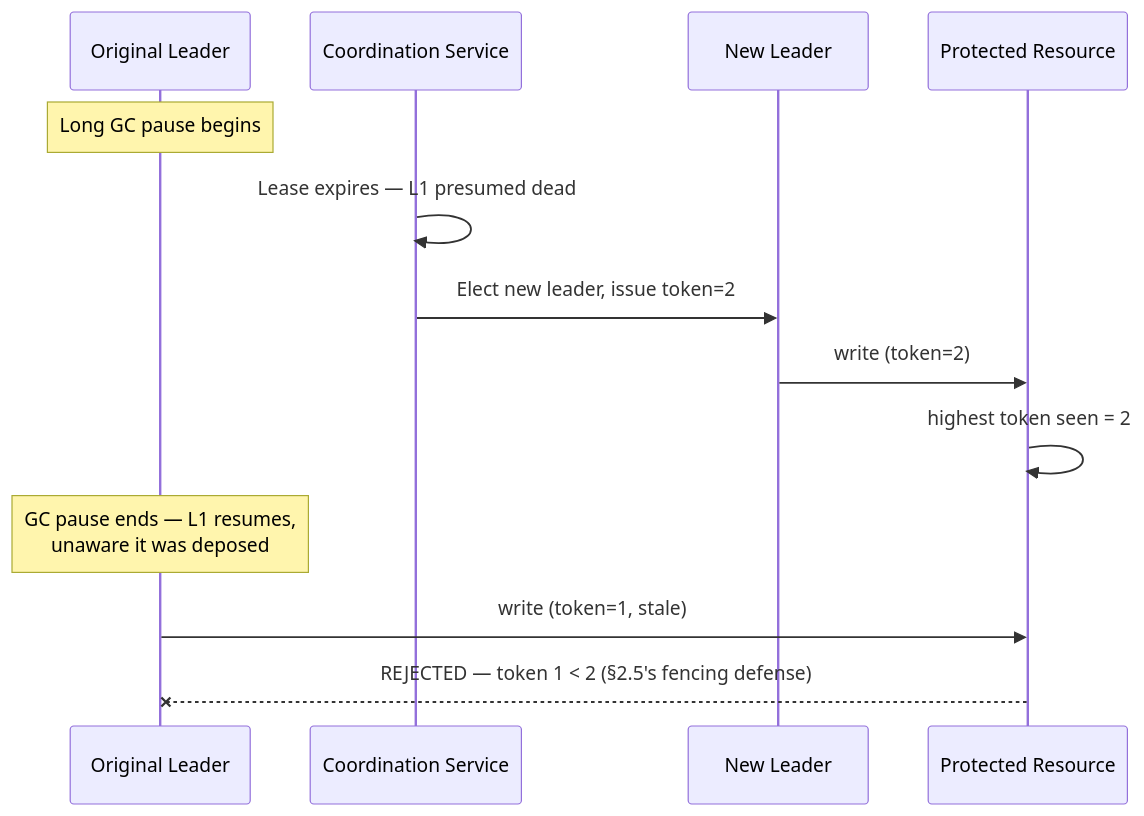
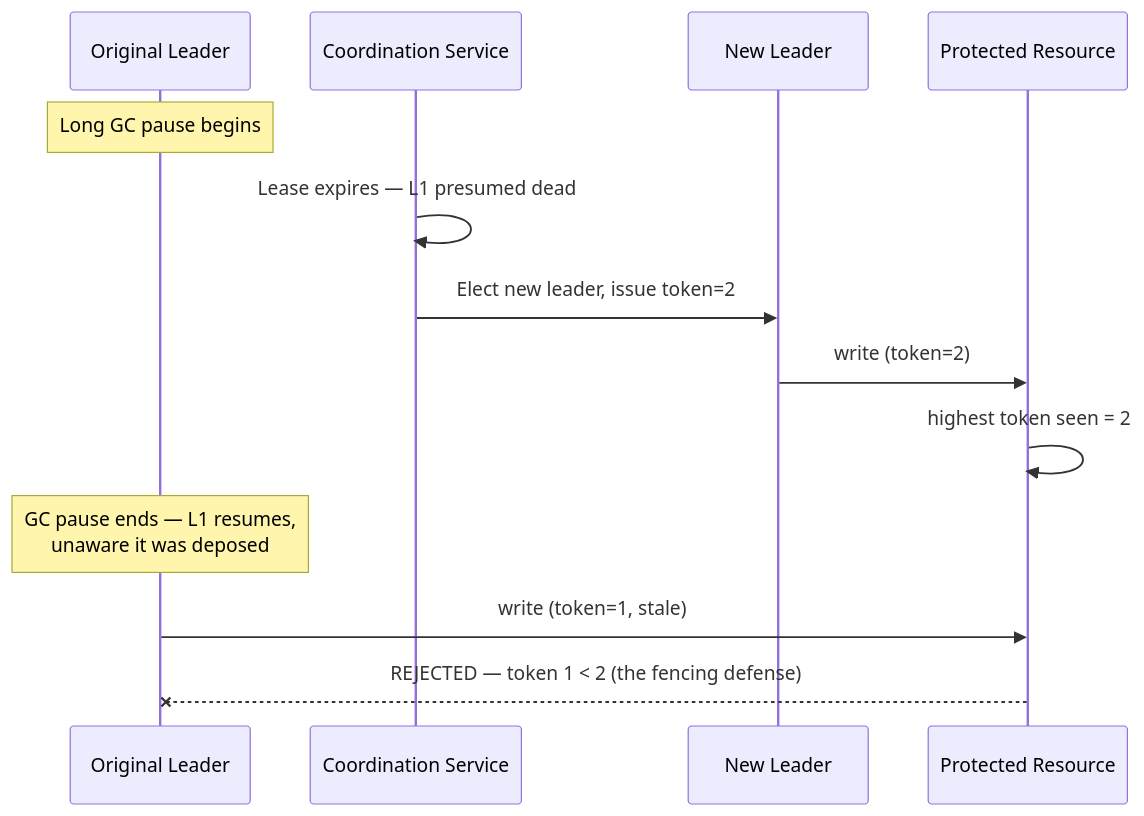
One commit to umashankarp/InterviewQuestions changed the second of 4 diagrams in 16-Distributed-Systems/03-PACELC-Consistency-Models-SplitBrain.md. Above: the diagram before and after it, drawn with Mermaid. The commit also changed other lines of this file and 173 other files, not shown here.

````diff
--- a/16-Distributed-Systems/03-PACELC-Consistency-Models-SplitBrain.md
+++ b/16-Distributed-Systems/03-PACELC-Consistency-Models-SplitBrain.md
@@ -83,16 +83,16 @@
 ```mermaid
 sequenceDiagram
-    participant L1 as Original Leader
-    participant CS as Coordination Service
-    participant L2 as New Leader
-    participant DB as Protected Resource
+ participant L1 as Original Leader
+ participant CS as Coordination Service
+ participant L2 as New Leader
+ participant DB as Protected Resource
 
-    Note over L1: Long GC pause begins
-    CS->>CS: Lease expires — L1 presumed dead
-    CS->>L2: Elect new leader, issue token=2
-    L2->>DB: write (token=2)
-    DB->>DB: highest token seen = 2
-    Note over L1: GC pause ends — L1 resumes,<br/>unaware it was deposed
-    L1->>DB: write (token=1, stale)
-    DB--xL1: REJECTED — token 1 < 2 (§2.5's fencing defense)
+ Note over L1: Long GC pause begins
+ CS->>CS: Lease expires — L1 presumed dead
+ CS->>L2: Elect new leader, issue token=2
+ L2->>DB: write (token=2)
+ DB->>DB: highest token seen = 2
+ Note over L1: GC pause ends — L1 resumes,<br/>unaware it was deposed
+ L1->>DB: write (token=1, stale)
+ DB--xL1: REJECTED — token 1 < 2 (the fencing defense)
 ```
````
